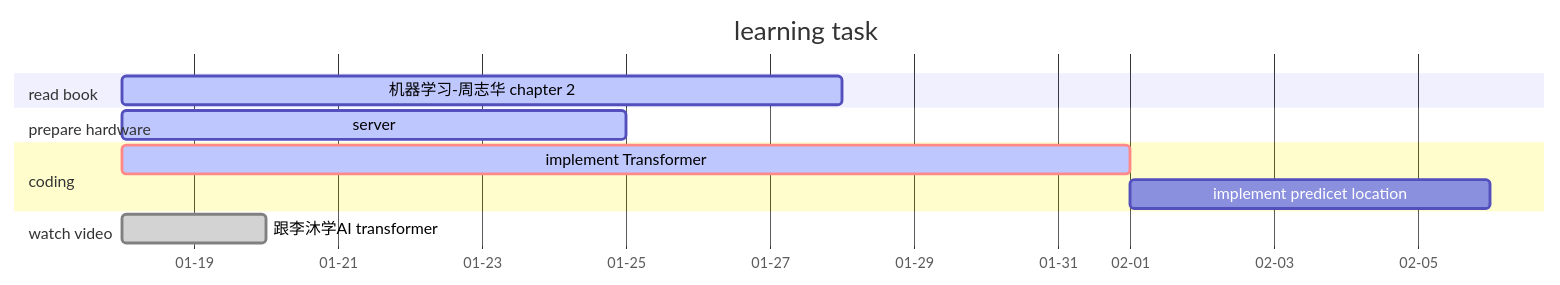
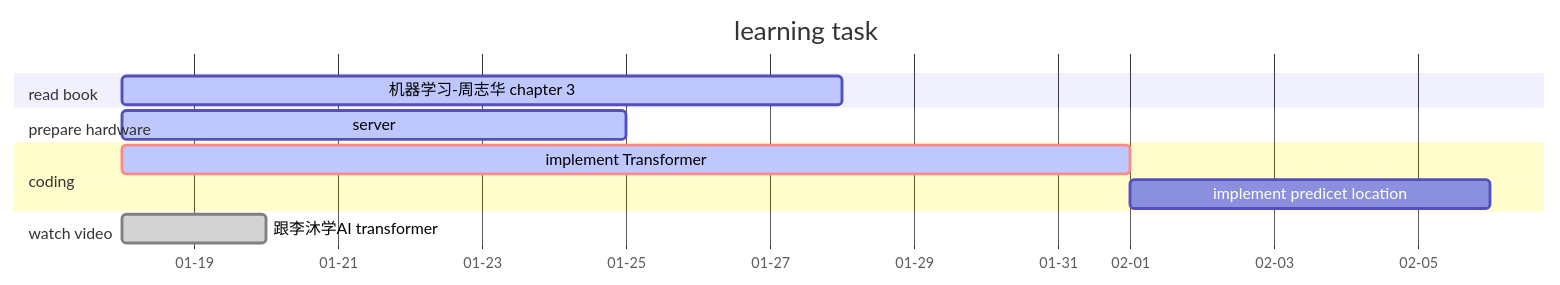
Before and after one commit to youareeverysingleday/MachineLearningAssignments: the diagram in README.md, drawn with Mermaid. The commit also changed 2 other files, not shown here.

Commit message:
upload the code of transformer on 20220124.

````diff
--- a/README.md
+++ b/README.md
@@ -123,20 +123,20 @@
 ```mermaid
 gantt
     title learning task
     dateFormat YYYY-MM-DD
     %% (`excludes` accepts specific dates in YYYY-MM-DD format, days of the week ("sunday") or "weekends", but not the word "weekdays".)
     axisFormat %m-%d
 
     section read book
-    机器学习-周志华 chapter 2 :active, r1, 2022-01-18, 10d
+    机器学习-周志华 chapter 3 :active, r1, 2022-01-18, 10d
 
     section prepare hardware
     server: active, ph1, 2022-01-18,7d
 
     section coding
     implement Transformer :crit, active, c1, 2022-01-18 , 14d
     implement predicet location: after c1,5d
 
     section watch video
     跟李沐学AI transformer:done, w1, 2022-01-18, 2d
 ```
````
